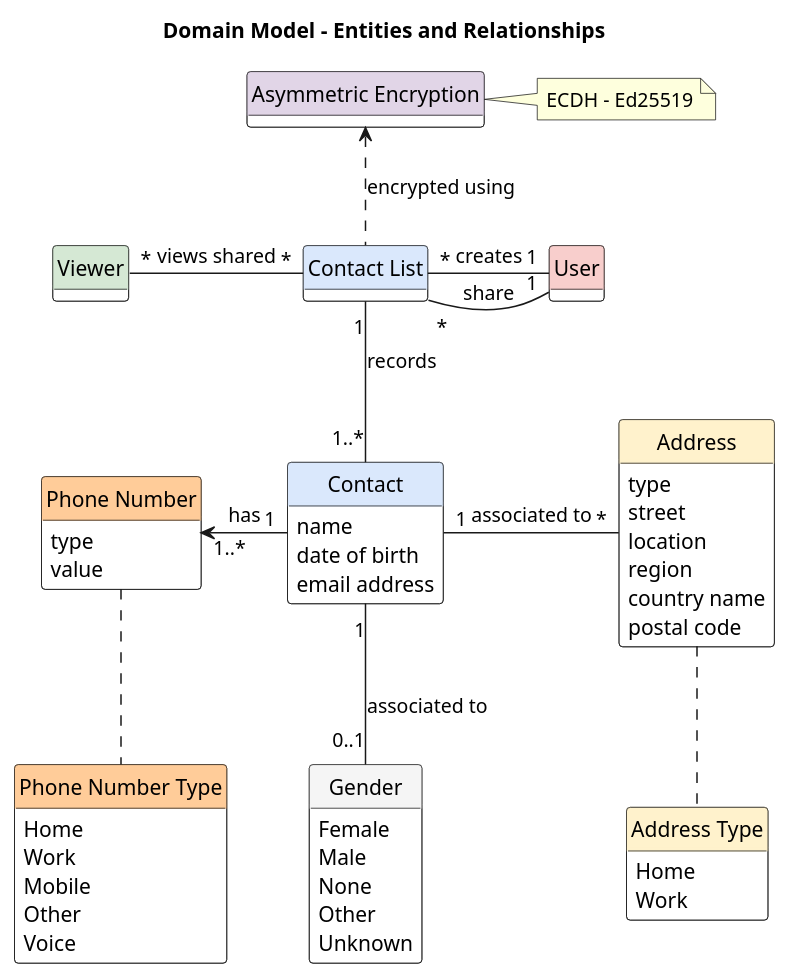
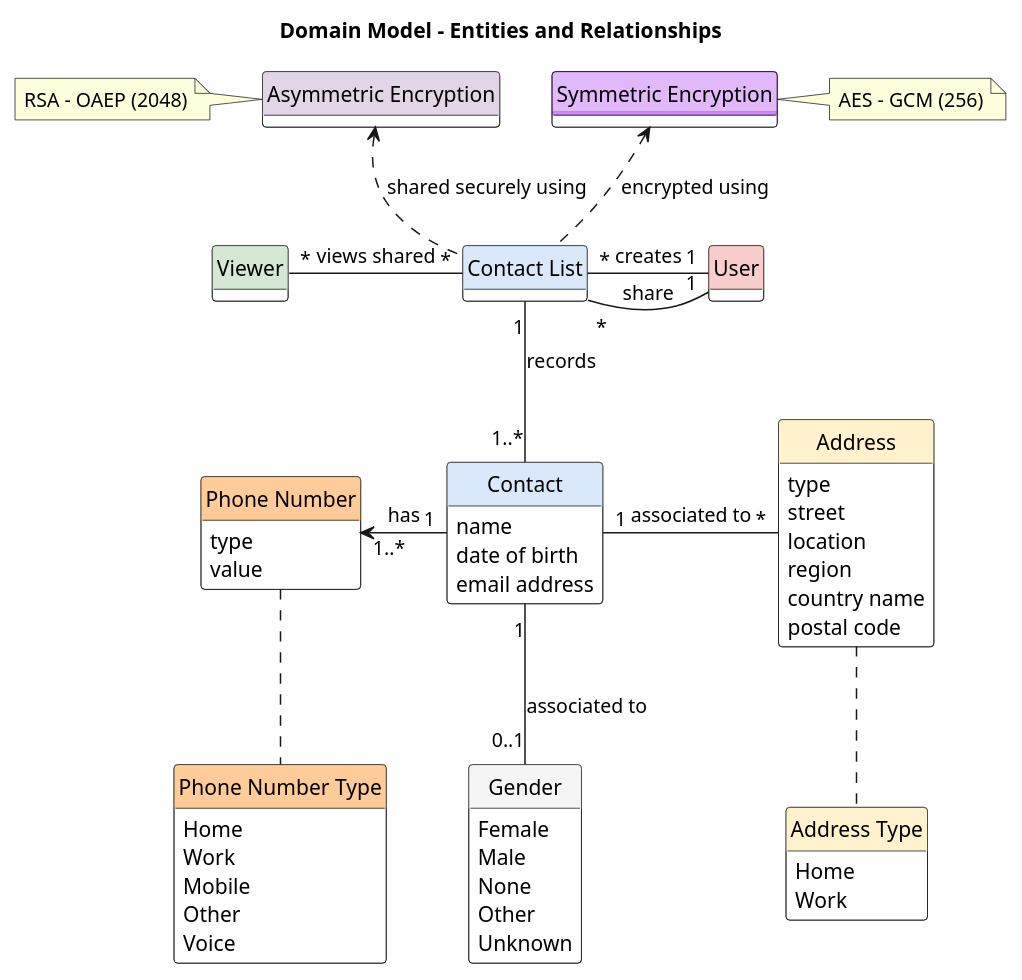
Before and after one commit to paginas-secretas/docs: the diagram in src/domain/puml/domain-model.puml, drawn with PlantUML. The commit also changed 1 other file, not shown here.

Commit message:
docs(domain): correct encryption schemes relationships

```diff
--- a/src/domain/puml/domain-model.puml
+++ b/src/domain/puml/domain-model.puml
@@ -1,89 +1,94 @@
 @startuml domain-model
 
 title "Domain Model - Entities and Relationships"
 
 hide circle
 hide empty methods
 
 hide stereotype
 skinparam {
     ClassHeaderBackgroundColor<<LightRed>> #f8cecc
     ClassHeaderBackgroundColor<<LightGreen>> #d5e8d4
     ClassHeaderBackgroundColor<<LightBlue>> #dae8fc
     ClassHeaderBackgroundColor<<LightYellow>> #fff2cc
     ClassHeaderBackgroundColor<<LightPurple>> #e1d5e7
     ClassHeaderBackgroundColor<<LightGray>> #f5f5f5
     ClassHeaderBackgroundColor<<LightOrange>> #ffcc99
+    ClassHeaderBackgroundColor<<Purple>> #a020f050
     ClassBackgroundColor #FFFFFF
 }
 
 entity "User" as USR<<LightRed>> 
 entity "Viewer" as VWR<<LightGreen>>
 entity "Contact List" as CL<<LightBlue>>
+entity "Symmetric Encryption" as SE <<Purple>>
 entity "Asymmetric Encryption" as AE <<LightPurple>>
 
 ' Contact entities declaration for vCard schema based on w3 spec: https://www.w3.org/TR/vcard-rdf/
 
 entity "Contact" as CNT <<LightBlue>> {
     name
     date of birth
     email address
 }
 
 entity "Address" as ADR <<LightYellow>> {
     type
     street
     location
     region
     country name
     postal code
 }
 
 enum "Address Type" as ADRT <<LightYellow>> {
   Home
   Work
 }
 
 entity "Phone Number" as PN <<LightOrange>> { 
     type
     value
 }
 
 enum "Phone Number Type" as PNT <<LightOrange>> {
     Home
     Work
     Mobile
     Other
     Voice
 }
 
 enum "Gender" as GN <<LightGray>> {
     Female
     Male
     None
     Other
     Unknown
 }
 
-note "ECDH - Ed25519" as PAE_NOTE
+note "RSA - OAEP (2048)" as PAE_NOTE
+note "AES - GCM (256)" as PSE_NOTE
 
 ' Relationships
 
-AE . PAE_NOTE
+AE .left. PAE_NOTE
+SE . PSE_NOTE
 
 CNT "1" -down- "0..1" GN: associated to
 CNT "1" -right- "*" ADR: associated to
 CNT "1" -left-> "1..*" PN: has
 
 ADR .. ADRT
 
 PN .. PNT
 
 CL "1" -- "1..*" CNT: records
-CL .up.> AE: encrypted using
+CL .up.> SE: encrypted using
+CL .up.> AE: shared securely using
 
 USR "1" -- "*" CL: creates
 USR "1" -left- "*" CL: share
 VWR "*" -right- "*" CL: views shared
 
 @enduml
```
